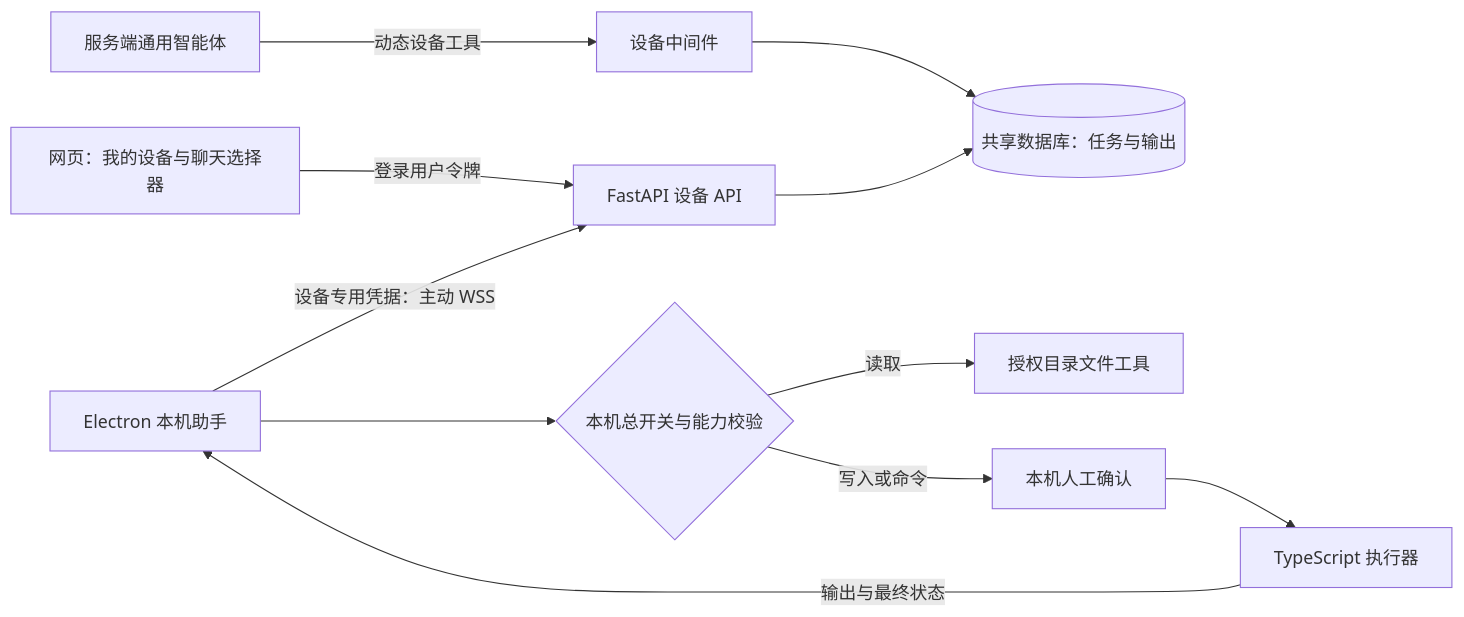
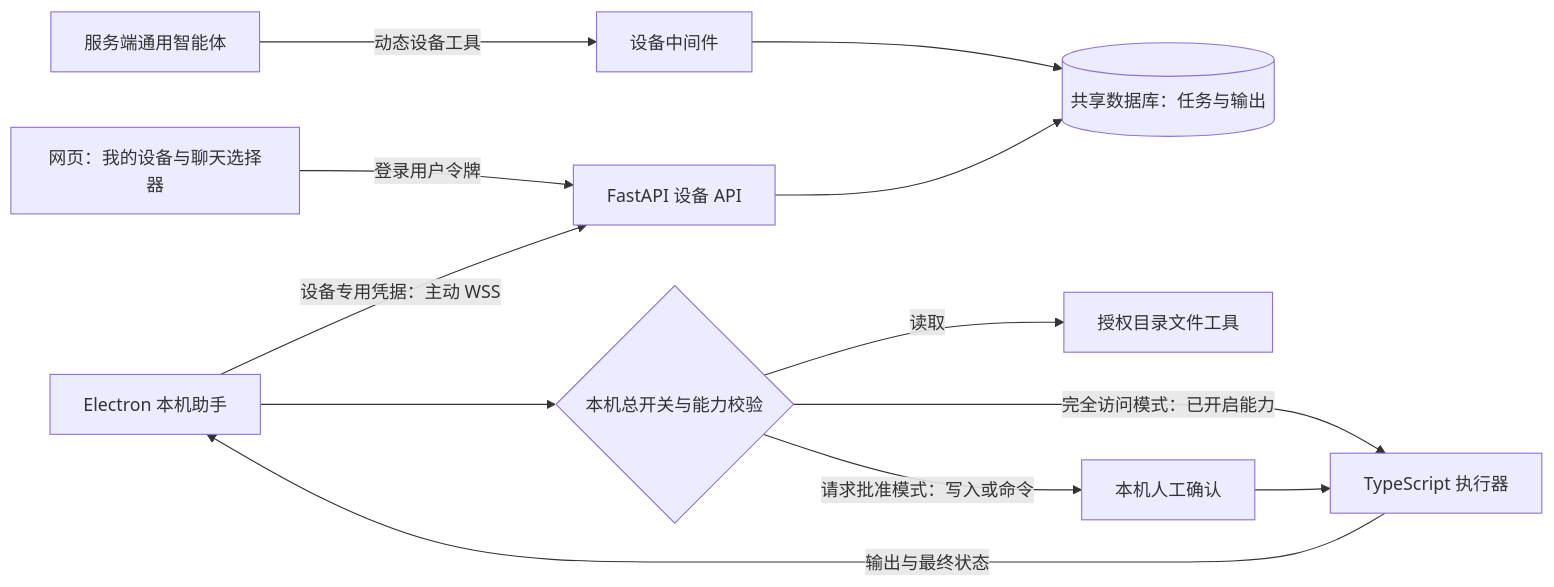
One commit to shell-nlp/deepclaw changed the first of 2 diagrams in docs/local-devices.md. Above: the diagram before and after it, drawn with Mermaid. The commit also changed other lines of this file and 54 other files, not shown here.

````diff
--- a/docs/local-devices.md
+++ b/docs/local-devices.md
@@ -5,13 +5,14 @@
 ```mermaid
 flowchart LR
   W[网页：我的设备与聊天选择器] -->|登录用户令牌| A[FastAPI 设备 API]
   G[服务端通用智能体] -->|动态设备工具| M[设备中间件]
   M --> Q[(共享数据库：任务与输出)]
   A --> Q
   D[Electron 本机助手] -->|设备专用凭据：主动 WSS| A
   D --> S{本机总开关与能力校验}
   S -->|读取| F[授权目录文件工具]
-  S -->|写入或命令| H[本机人工确认]
+  S -->|请求批准模式：写入或命令| H[本机人工确认]
+  S -->|完全访问模式：已开启能力| X
   H --> X[TypeScript 执行器]
   X -->|输出与最终状态| D
 ```
````
